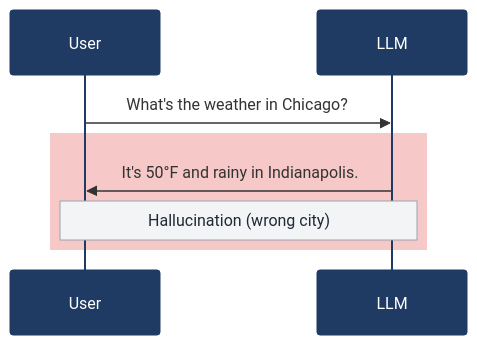
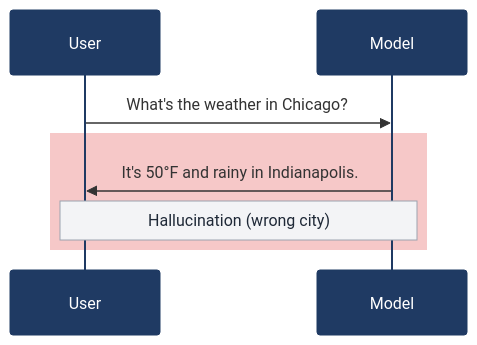
Before and after one commit to parmsam/trustedminiagents: the first of 2 diagrams in agents.qmd, drawn with Mermaid. The commit also changed other lines of this file and 5 other files, not shown here.

Commit message:
'LLM' => 'AI model'

````diff
--- a/agents.qmd
+++ b/agents.qmd
@@ -20,12 +20,12 @@
 ```{mermaid}
 %%{init: {'theme':'base', 'themeVariables': {'actorBkg':'#1F3A63','actorTextColor':'#ffffff','actorBorder':'#1F3A63','noteBkgColor':'#F3F4F6','noteBorderColor':'#9CA3AF','noteTextColor':'#1F2937'}, 'sequence': {'actorFontSize': 18}}}%%
 sequenceDiagram
     participant User
-    participant LLM
+    participant Model
 
-    User->>LLM: What's the weather in Chicago?
+    User->>Model: What's the weather in Chicago?
     rect rgba(220, 38, 38, 0.25)
-    LLM->>User: It's 50°F and rainy in Indianapolis.
-    note over User,LLM: Hallucination (wrong city)
+    Model->>User: It's 50°F and rainy in Indianapolis.
+    note over User,Model: Hallucination (wrong city)
     end
 ```
````
